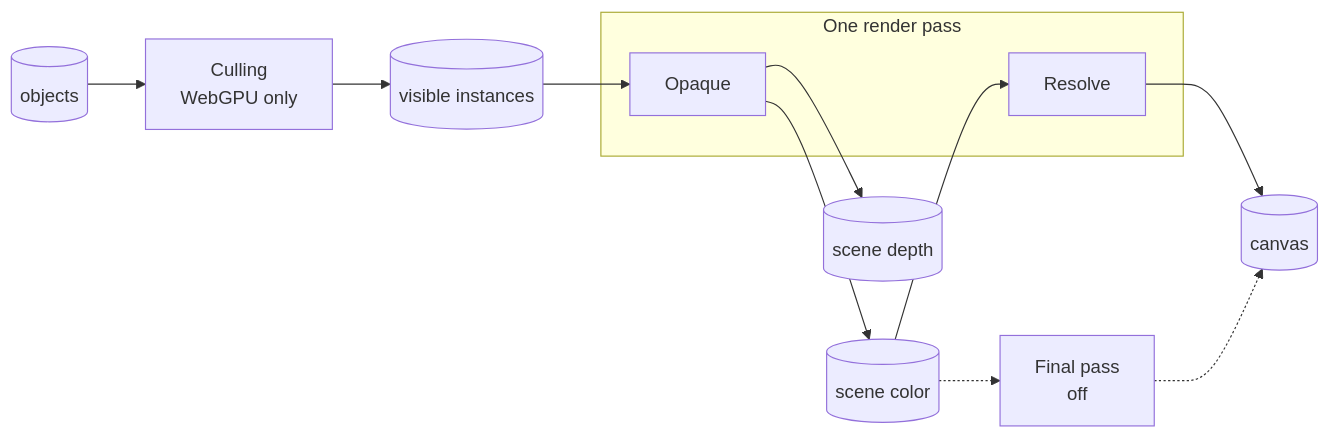
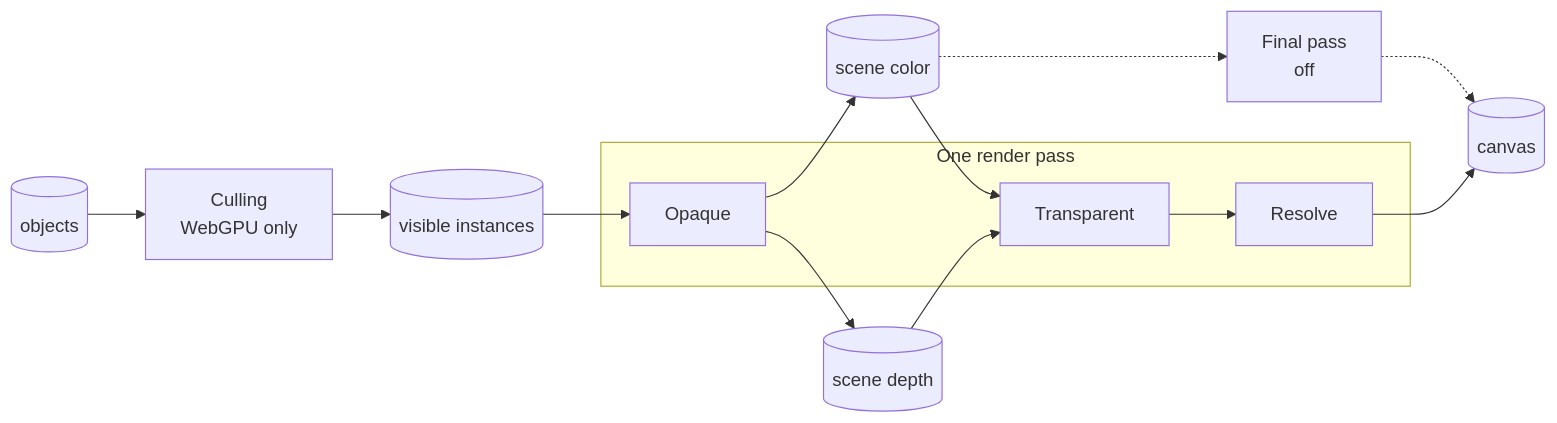
The first of 2 diagrams in docs/concepts/render-graph.md (null3d-engine/null3d), drawn with Mermaid before and after one commit. The commit also changed other lines of this file and 77 other files, not shown here.

````diff
--- a/docs/concepts/render-graph.md
+++ b/docs/concepts/render-graph.md
@@ -13,13 +13,16 @@
 ```mermaid
 flowchart LR
     objects[("objects")] --> culling["Culling<br/>WebGPU only"] --> visible[("visible instances")]
     visible --> opaque
     subgraph scene["One render pass"]
         opaque["Opaque"]
+        transparent["Transparent"]
         resolve["Resolve"]
     end
     opaque --> color[("scene color")]
     opaque --> depth[("scene depth")]
-    color --> resolve --> canvas[("canvas")]
+    color --> transparent
+    depth --> transparent
+    transparent --> resolve --> canvas[("canvas")]
     color -.-> final["Final pass<br/>off"] -.-> canvas
 ```
````
